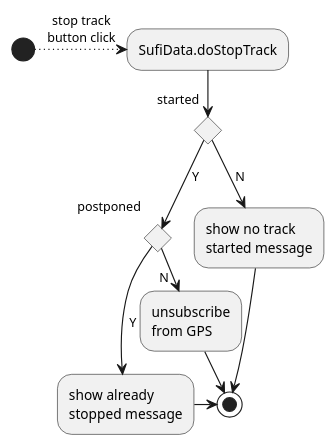
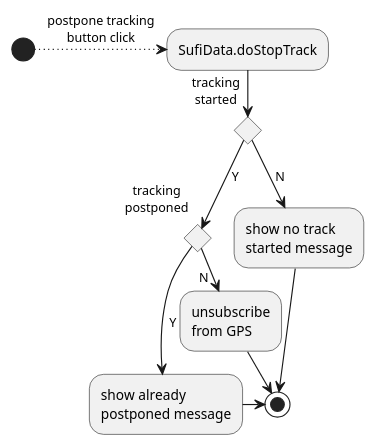
The ninth of 12 diagrams in Doc/Designer notes.md (MARTIMM/Sufitrail), drawn with PlantUML before and after one commit. The commit also changed other lines of this file, not shown here.

````diff
--- a/Doc/Designer notes.md
+++ b/Doc/Designer notes.md
@@ -187,15 +199,15 @@
 ```plantuml
-(*) .>[stop track\nbutton click] "SufiData.doStopTrack"
-if started then
-  [Y] if postponed then
-    -->[Y] "show already\nstopped message"
+(*) .>[postpone tracking\nbutton click] "SufiData.doStopTrack"
+if tracking\nstarted then
+  [Y] if tracking\npostponed then
+    -->[Y] "show already\npostponed message"
     -> (*)
   else
     ->[N] "unsubscribe\nfrom GPS"
   endif
   -> (*)
 else
   -->[N] "show no track\nstarted message"
   --> (*)
 endif
 ```
````
